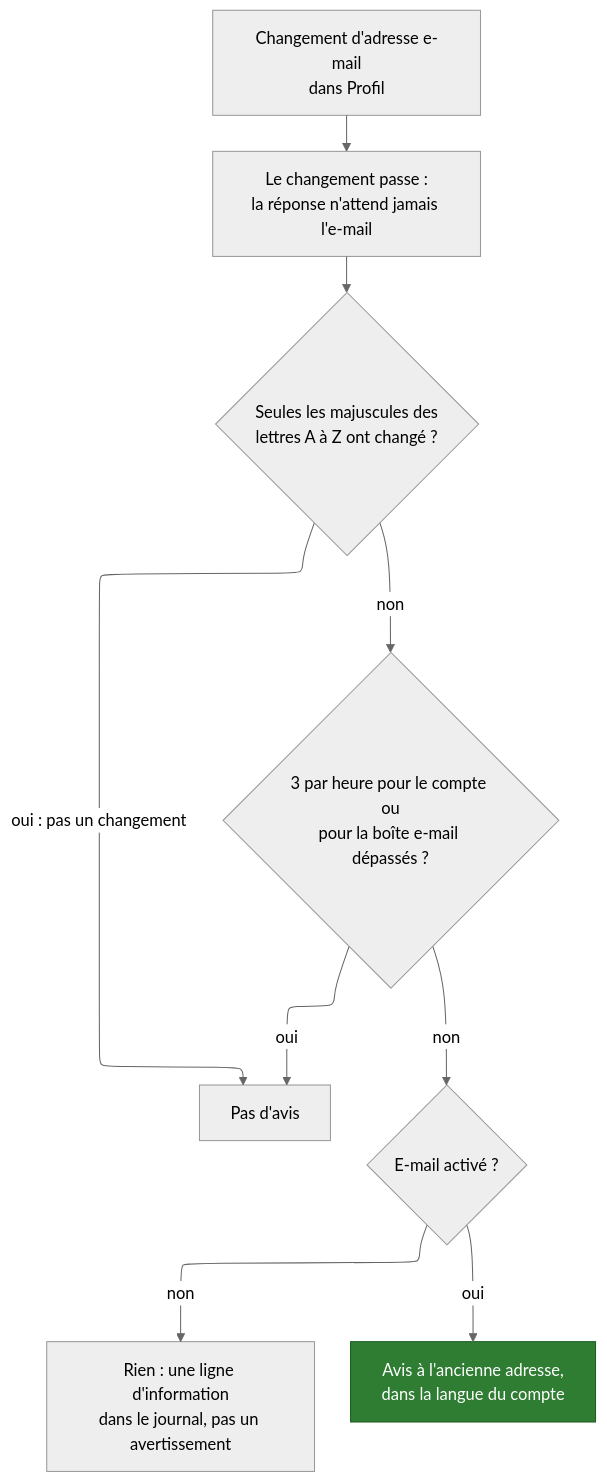
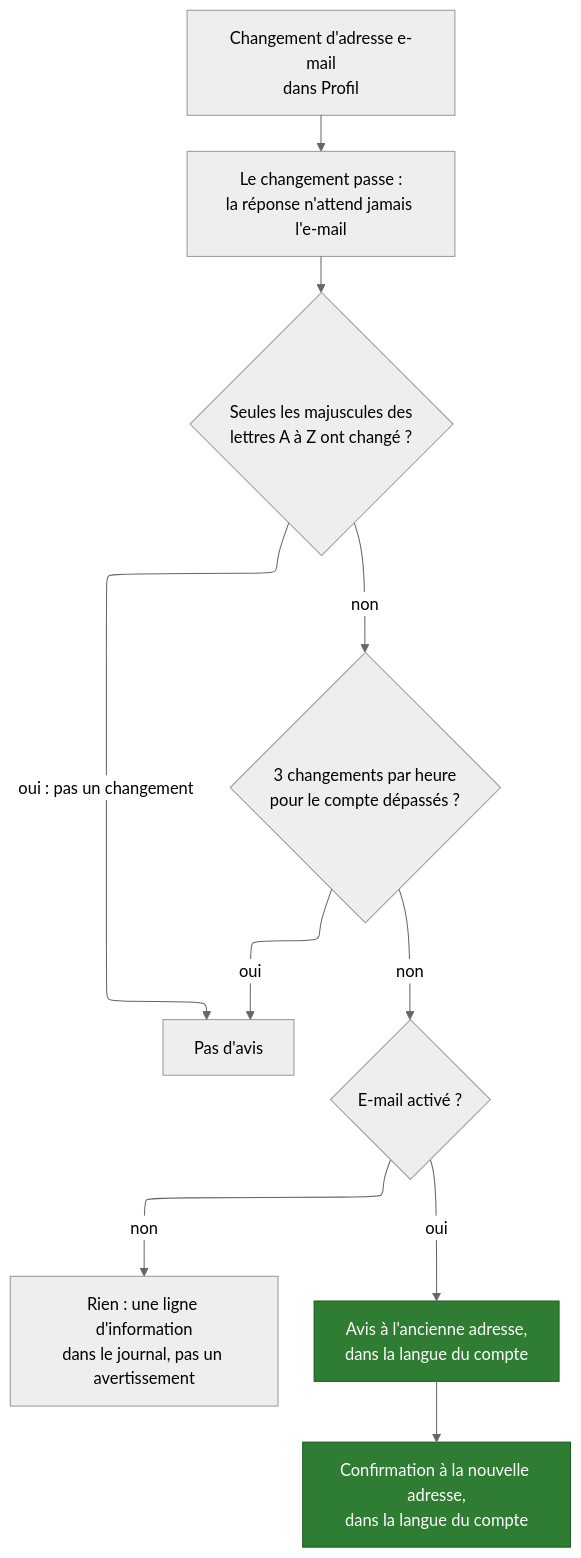
Diagram 18 of 18 in mkdocs_src/docs/admin/email_flows.fr.md (Librefolio/LibreFolio), drawn with Mermaid (neutral theme) before and after one commit. The commit also changed other lines of this file and 3 other files, not shown here.

Commit message:
docs(admin): email flows, change confirmations

````diff
--- a/mkdocs_src/docs/admin/email_flows.fr.md
+++ b/mkdocs_src/docs/admin/email_flows.fr.md
@@ -607,17 +607,18 @@
 ```mermaid
 ---
 config:
   layout: elk
 ---
 flowchart TD
     CH["Changement d'adresse e-mail<br>dans Profil"] --> OK["Le changement passe :<br>la réponse n'attend jamais l'e-mail"]
     OK --> CASE{"Seules les majuscules des<br>lettres A à Z ont changé ?"}
     CASE -->|"oui : pas un changement"| SKIP["Pas d'avis"]
-    CASE -->|"non"| LIM{"3 par heure pour le compte ou<br>pour la boîte e-mail dépassés ?"}
+    CASE -->|"non"| LIM{"3 changements par heure<br>pour le compte dépassés ?"}
     LIM -->|"oui"| SKIP
     LIM -->|"non"| EN{"E-mail activé ?"}
     EN -->|"non"| LOG["Rien : une ligne d'information<br>dans le journal, pas un avertissement"]
     EN -->|"oui"| SEND["Avis à l'ancienne adresse,<br>dans la langue du compte"]
+    SEND --> NEW["Confirmation à la nouvelle adresse,<br>dans la langue du compte"]
     classDef ok fill:#2e7d32,stroke:#1b5e20,color:#ffffff
-    class SEND ok
+    class SEND,NEW ok
 ```
````
